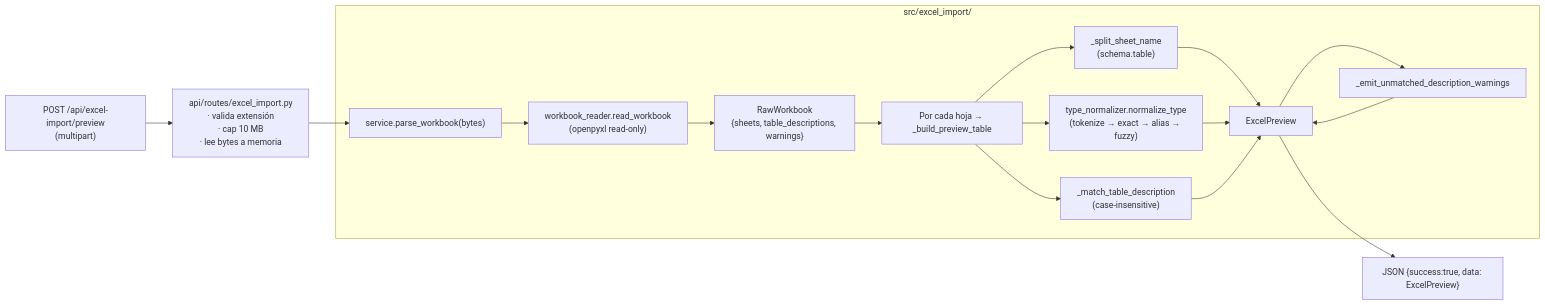
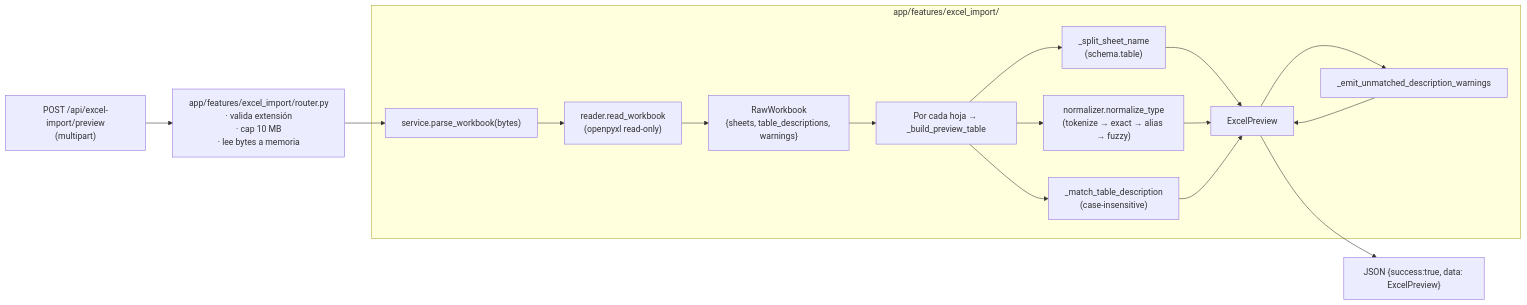
The first of 3 diagrams in doc/workflow.md (Carlosmps97/backend-data-model-hub), drawn with Mermaid before and after one commit. The commit also changed other lines of this file and 151 other files, not shown here.

````diff
--- a/doc/workflow.md
+++ b/doc/workflow.md
@@ -21,21 +20,21 @@
 ```mermaid
 flowchart LR
-    REQ["POST /api/excel-import/preview<br/>(multipart)"] --> VAL["api/routes/excel_import.py<br/>· valida extensión<br/>· cap 10 MB<br/>· lee bytes a memoria"]
+    REQ["POST /api/excel-import/preview<br/>(multipart)"] --> VAL["app/features/excel_import/router.py<br/>· valida extensión<br/>· cap 10 MB<br/>· lee bytes a memoria"]
     VAL --> PARSE["service.parse_workbook(bytes)"]
 
-    subgraph PIPE["src/excel_import/"]
-        PARSE --> RD["workbook_reader.read_workbook<br/>(openpyxl read-only)"]
+    subgraph PIPE["app/features/excel_import/"]
+        PARSE --> RD["reader.read_workbook<br/>(openpyxl read-only)"]
         RD --> RAW["RawWorkbook<br/>{sheets, table_descriptions, warnings}"]
         RAW --> BUILD["Por cada hoja → _build_preview_table"]
         BUILD --> SPLIT["_split_sheet_name<br/>(schema.table)"]
-        BUILD --> NORM["type_normalizer.normalize_type<br/>(tokenize → exact → alias → fuzzy)"]
+        BUILD --> NORM["normalizer.normalize_type<br/>(tokenize → exact → alias → fuzzy)"]
         BUILD --> MATCH["_match_table_description<br/>(case-insensitive)"]
         SPLIT --> EP["ExcelPreview"]
         NORM --> EP
         MATCH --> EP
         EP --> WARN["_emit_unmatched_description_warnings"]
         WARN --> EP
     end
 
     EP --> RES["JSON {success:true, data: ExcelPreview}"]
 ```
````
